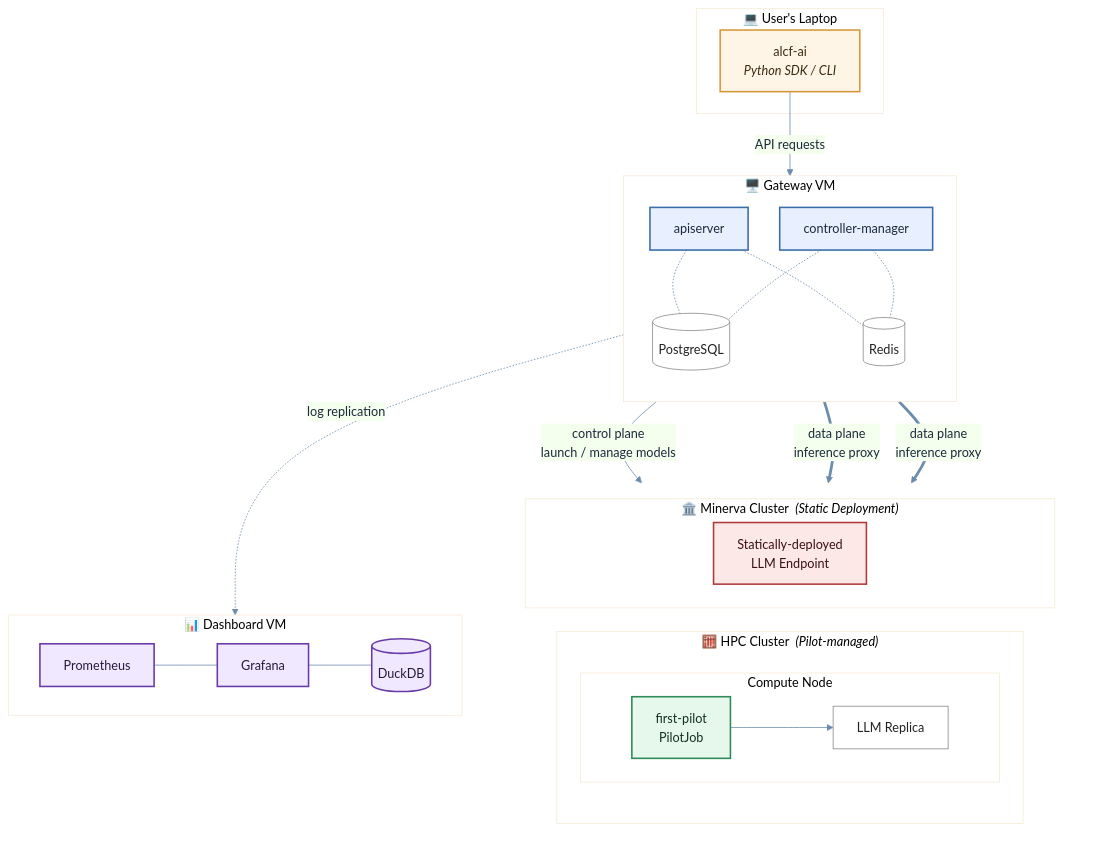
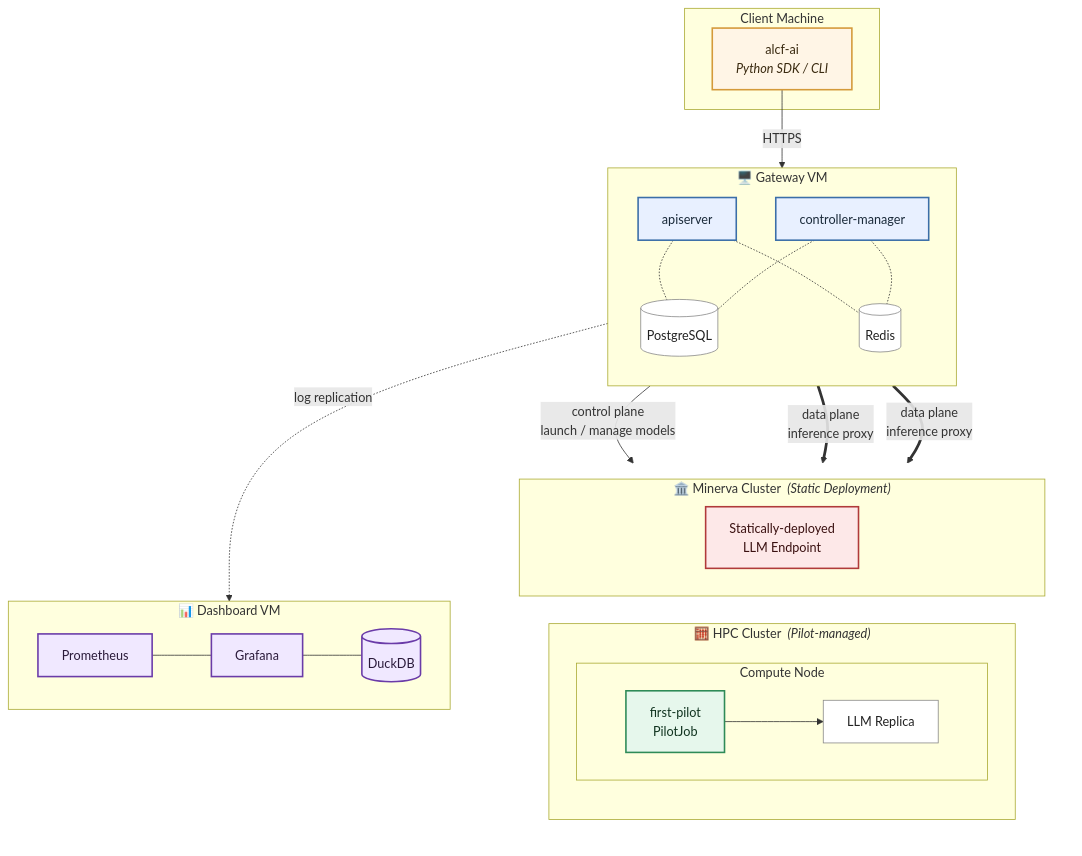
One commit to argonne-lcf/FIRST changed the diagram in README.md. Above: the diagram before and after it, drawn with Mermaid. The commit also changed 36 other files, not shown here.

````diff
--- a/README.md
+++ b/README.md
@@ -1,66 +1,59 @@
 ```mermaid
-  %%{init: {'theme':'base', 'flowchart':{'curve':'basis','nodeSpacing':40,'rankSpacing':55}, 'themeVariables': {
-    'primaryColor':'#eef4ff',
-    'primaryBorderColor':'#3b6ea8',
-    'primaryTextColor':'#1a2a3a',
-    'lineColor':'#6b8cae',
-    'fontFamily':'Helvetica'
-  }}}%%
   flowchart TB
       classDef user fill:#fff5e6,stroke:#d49a3a,stroke-width:2px,color:#3a2a10
       classDef gw fill:#e8f0ff,stroke:#3b6ea8,stroke-width:2px,color:#1a2a3a
       classDef dash fill:#f0e8ff,stroke:#6a3ba8,stroke-width:2px,color:#2a1a3a
       classDef pilot fill:#e6f7ec,stroke:#2e8b57,stroke-width:2px,color:#10331f
       classDef static fill:#fde8e8,stroke:#b03a3a,stroke-width:2px,color:#3a1010
       classDef store fill:#ffffff,stroke:#888,stroke-width:1px,color:#222
 
-      subgraph Laptop["💻 User's Laptop"]
+      subgraph Laptop["Client Machine"]
           CLI["alcf-ai<br/><i>Python SDK / CLI</i>"]:::user
       end
 
       subgraph GVM["🖥️  Gateway VM"]
           direction TB
           API["apiserver"]:::gw
           CM["controller-manager"]:::gw
           PG[("PostgreSQL")]:::store
           RD[("Redis")]:::store
           API -.- PG
           API -.- RD
           CM -.- PG
           CM -.- RD
       end
 
       subgraph Clusters[" "]
           direction LR
           subgraph HPC["🧮 HPC Cluster &nbsp;<i>(Pilot-managed)</i>"]
               direction TB
               subgraph Node["Compute Node"]
                   direction LR
                   PJ["first-pilot<br/>PilotJob"]:::pilot
                   MDL["LLM Replica"]:::store
                   PJ --> MDL
               end
           end
           subgraph MIN["🏛️  Minerva Cluster &nbsp;<i>(Static Deployment)</i>"]
               STATIC["Statically-deployed<br/>LLM Endpoint"]:::static
           end
       end
 
       subgraph DVM["📊 Dashboard VM"]
           direction LR
           PROM["Prometheus"]:::dash
           GRAF["Grafana"]:::dash
           DUCK[("DuckDB")]:::dash
           PROM --- GRAF --- DUCK
       end
 
-      CLI -->|"API requests"| API
+      CLI -->|"HTTPS"| API
 
       CM -->|"control plane<br/>launch / manage models"| PJ
       API ==>|"data plane<br/>inference proxy"| PJ
       API ==>|"data plane<br/>inference proxy"| STATIC
 
       GVM -.->|"log replication"| DVM
 
       style Clusters fill:none,stroke:none
 ```
````
